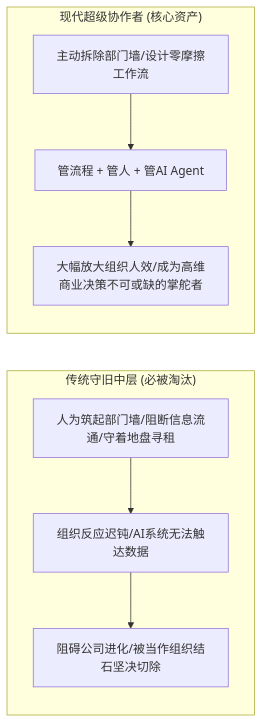
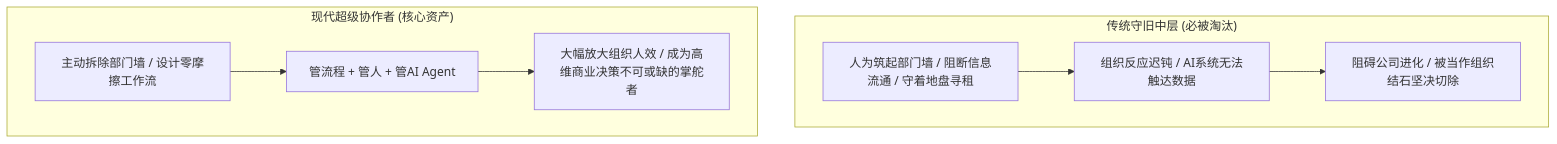
Before and after one commit to dollarser/knowledge: the fourth of 4 diagrams in content/live-20260922-laozeng-01.md, drawn with Mermaid. The commit also changed other lines of this file and 7 other files, not shown here.

Commit message:
style: convert horizontal LR mermaid diagrams to vertical TD for readable text on all screens

````diff
--- a/content/live-20260922-laozeng-01.md
+++ b/content/live-20260922-laozeng-01.md
@@ -129,11 +129,11 @@
 ```mermaid
-flowchart LR
+flowchart TD
     subgraph Traditional["传统守旧中层 (必被淘汰)"]
-        Wall[人为筑起部门墙/阻断信息流通/守着地盘寻租] --> Sluggish[组织反应迟钝/AI系统无法触达数据]
-        Sluggish --> Fire[阻碍公司进化/被当作组织结石坚决切除]
+        Wall["人为筑起部门墙 / 阻断信息流通 / 守着地盘寻租"] --> Sluggish["组织反应迟钝 / AI系统无法触达数据"]
+        Sluggish --> Fire["阻碍公司进化 / 被当作组织结石坚决切除"]
     end
     subgraph Modern["现代超级协作者 (核心资产)"]
-        Flow[主动拆除部门墙/设计零摩擦工作流] --> Orchestrator["管流程 + 管人 + 管AI Agent"]
-        Orchestrator --> Leverage[大幅放大组织人效/成为高维商业决策不可或缺的掌舵者]
+        Flow["主动拆除部门墙 / 设计零摩擦工作流"] --> Orchestrator["管流程 + 管人 + 管AI Agent"]
+        Orchestrator --> Leverage["大幅放大组织人效 / 成为高维商业决策不可或缺的掌舵者"]
     end
 ```
````
